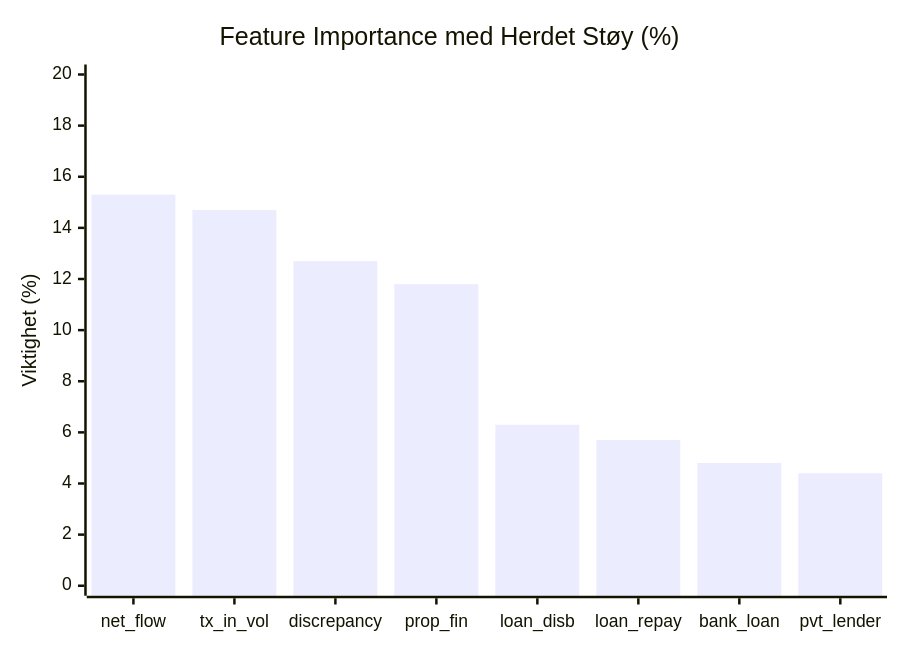
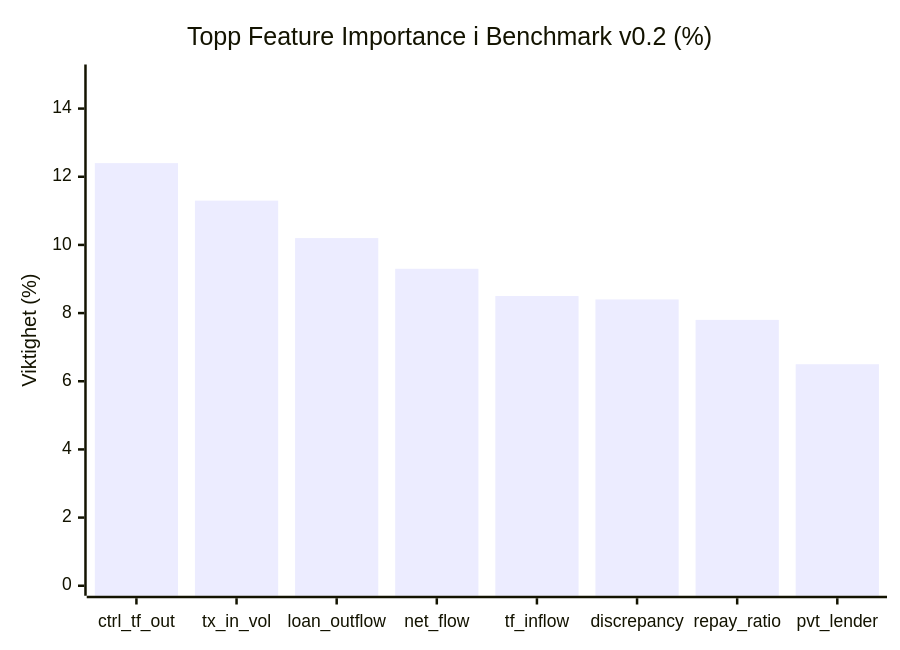
One commit to knutnilsen87-collab/kunstigedataset changed the diagram in EVALUATION_REPORT.md. Above: the diagram before and after it, drawn with Mermaid. The commit also changed other lines of this file and 14 other files, not shown here.

Commit message:
Implement Benchmark v0.2: neutral transaction types, disjoint scenario allocation, multi-seed cross-graph validation, and verified BigQuery views

````diff
--- a/EVALUATION_REPORT.md
+++ b/EVALUATION_REPORT.md
@@ -69,7 +64,7 @@
 ```mermaid
 xychart-beta
-    title "Feature Importance med Herdet Støy (%)"
-    x-axis ["net_flow", "tx_in_vol", "discrepancy", "prop_fin", "loan_disb", "loan_repay", "bank_loan", "pvt_lender"]
-    y-axis "Viktighet (%)" 0 --> 20
-    bar [15.3, 14.7, 12.7, 11.8, 6.3, 5.7, 4.8, 4.4]
+    title "Topp Feature Importance i Benchmark v0.2 (%)"
+    x-axis ["ctrl_tf_out", "tx_in_vol", "loan_outflow", "net_flow", "tf_inflow", "discrepancy", "repay_ratio", "pvt_lender"]
+    y-axis "Viktighet (%)" 0 --> 15
+    bar [12.4, 11.3, 10.2, 9.3, 8.5, 8.4, 7.8, 6.5]
 ```
````
